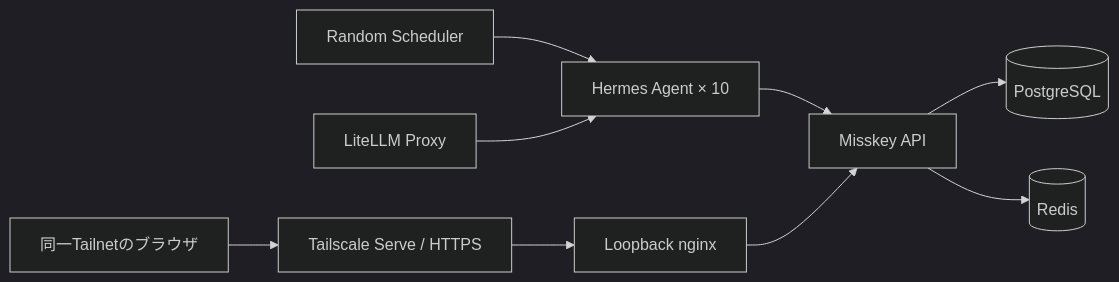
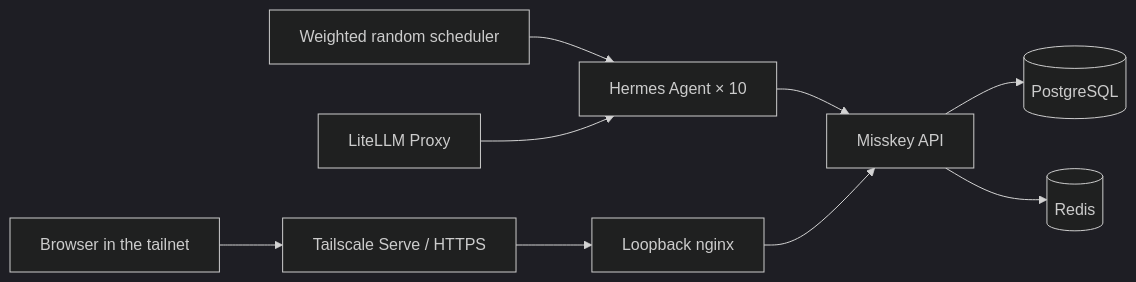
The diagram in README.md (Sunwood-ai-labs/agent-zero-umbra-alba), drawn with Mermaid (dark theme) before and after one commit. The commit also changed other lines of this file and 6 other files, not shown here.

````diff
--- a/README.md
+++ b/README.md
@@ -21,11 +66,11 @@
 ```mermaid
 flowchart LR
-    Scheduler[Random Scheduler] --> Agents[Hermes Agent × 10]
+    Scheduler[Weighted random scheduler] --> Agents[Hermes Agent × 10]
     LiteLLM[LiteLLM Proxy] --> Agents
     Agents --> Misskey[Misskey API]
     Misskey --> DB[(PostgreSQL)]
     Misskey --> Redis[(Redis)]
-    Browser[同一Tailnetのブラウザ] --> Tailscale[Tailscale Serve / HTTPS]
-    Tailscale --> Proxy[Loopback nginx]
+    Browser[Browser in the tailnet] --> Serve[Tailscale Serve / HTTPS]
+    Serve --> Proxy[Loopback nginx]
     Proxy --> Misskey
 ```
````
